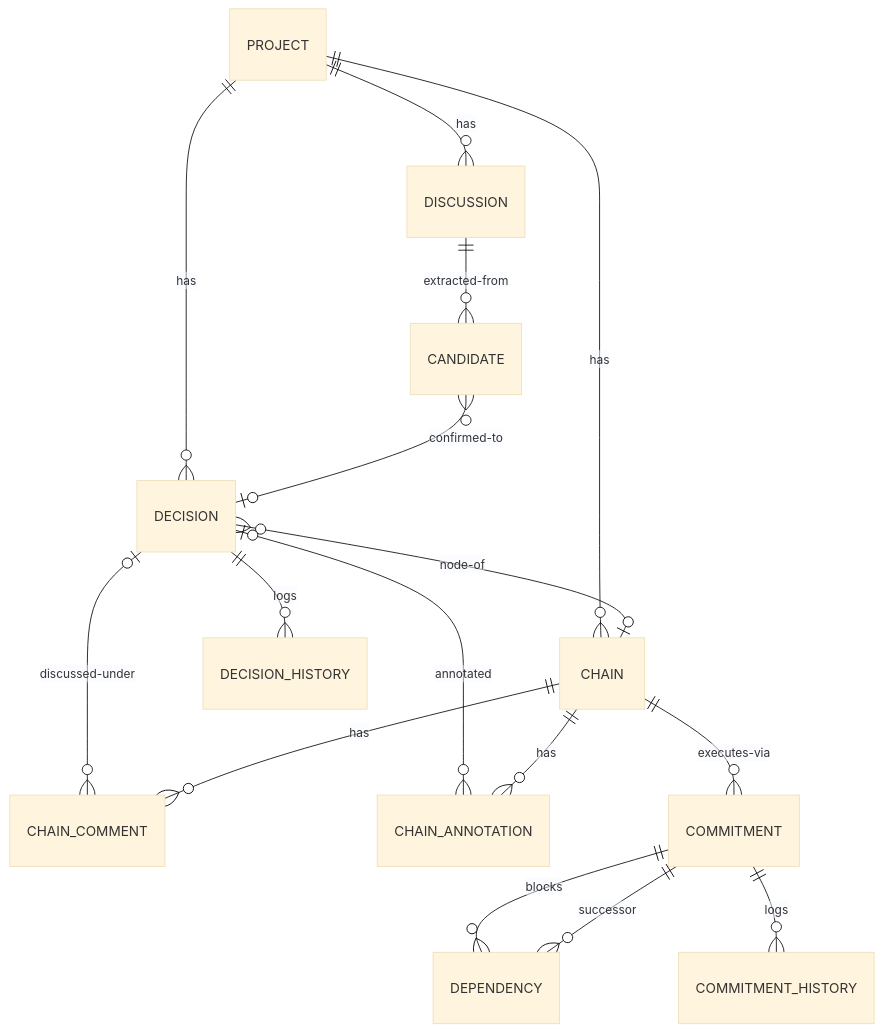
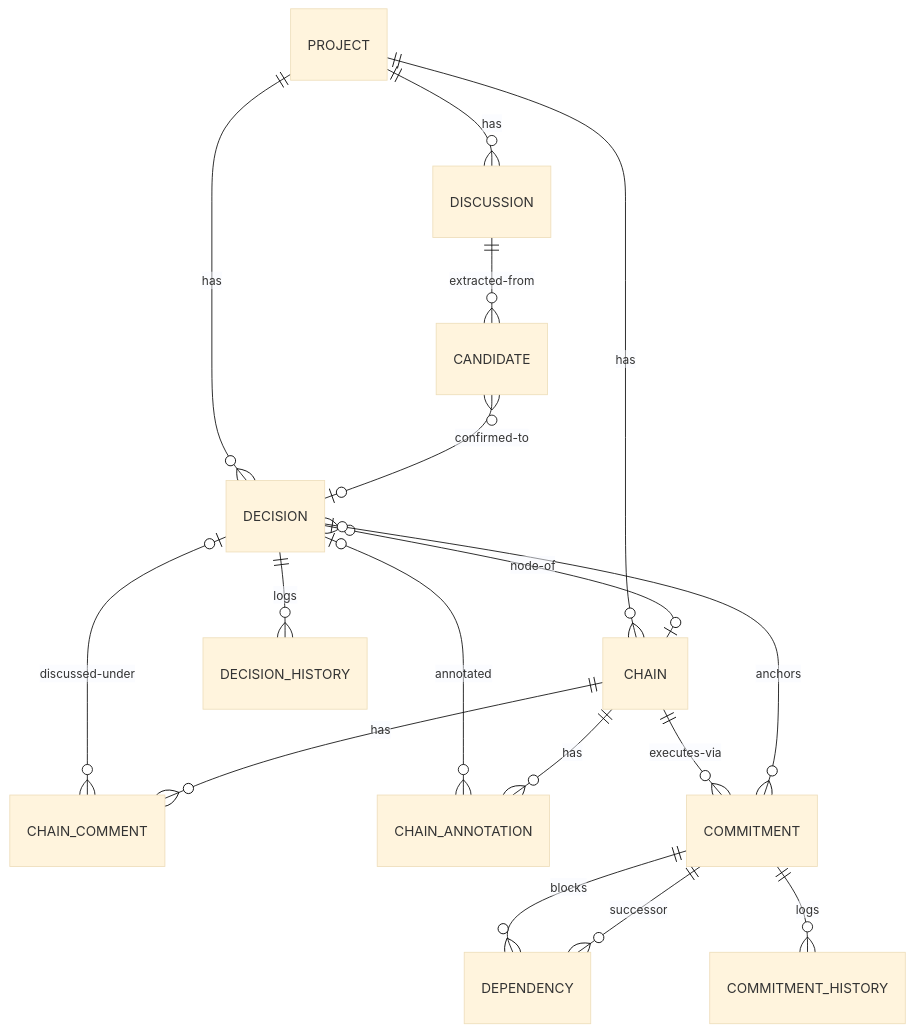
Before and after one commit to wyz-water/DecisionTrace: the diagram in docs/design/data-model.md, drawn with Mermaid (base theme). The commit also changed 11 other files, not shown here.

````diff
--- a/docs/design/data-model.md
+++ b/docs/design/data-model.md
@@ -9,22 +9,23 @@
 ```mermaid
 erDiagram
     PROJECT ||--o{ DISCUSSION : has
     PROJECT ||--o{ DECISION : has
     PROJECT ||--o{ CHAIN : has
 
     DISCUSSION ||--o{ CANDIDATE : extracted-from
     CANDIDATE }o--o| DECISION : confirmed-to
 
     DECISION }o--o| CHAIN : node-of
     DECISION |o--o{ CHAIN_COMMENT : discussed-under
     DECISION |o--o{ CHAIN_ANNOTATION : annotated
 
     CHAIN ||--o{ CHAIN_COMMENT : has
     CHAIN ||--o{ CHAIN_ANNOTATION : has
     CHAIN ||--o{ COMMITMENT : executes-via
+    DECISION |o--o{ COMMITMENT : anchors
 
     COMMITMENT ||--o{ DEPENDENCY : blocks
     DEPENDENCY }o--|| COMMITMENT : successor
     COMMITMENT ||--o{ COMMITMENT_HISTORY : logs
     DECISION ||--o{ DECISION_HISTORY : logs
 ```
````
